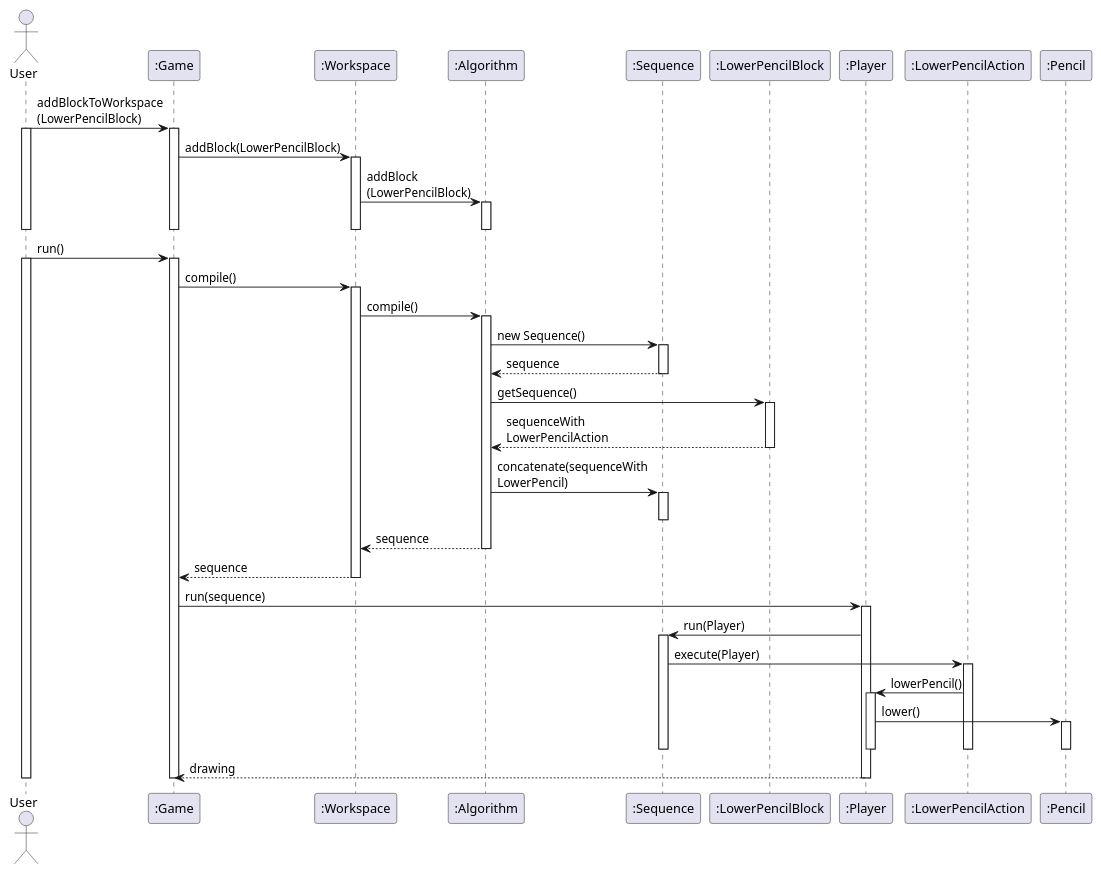
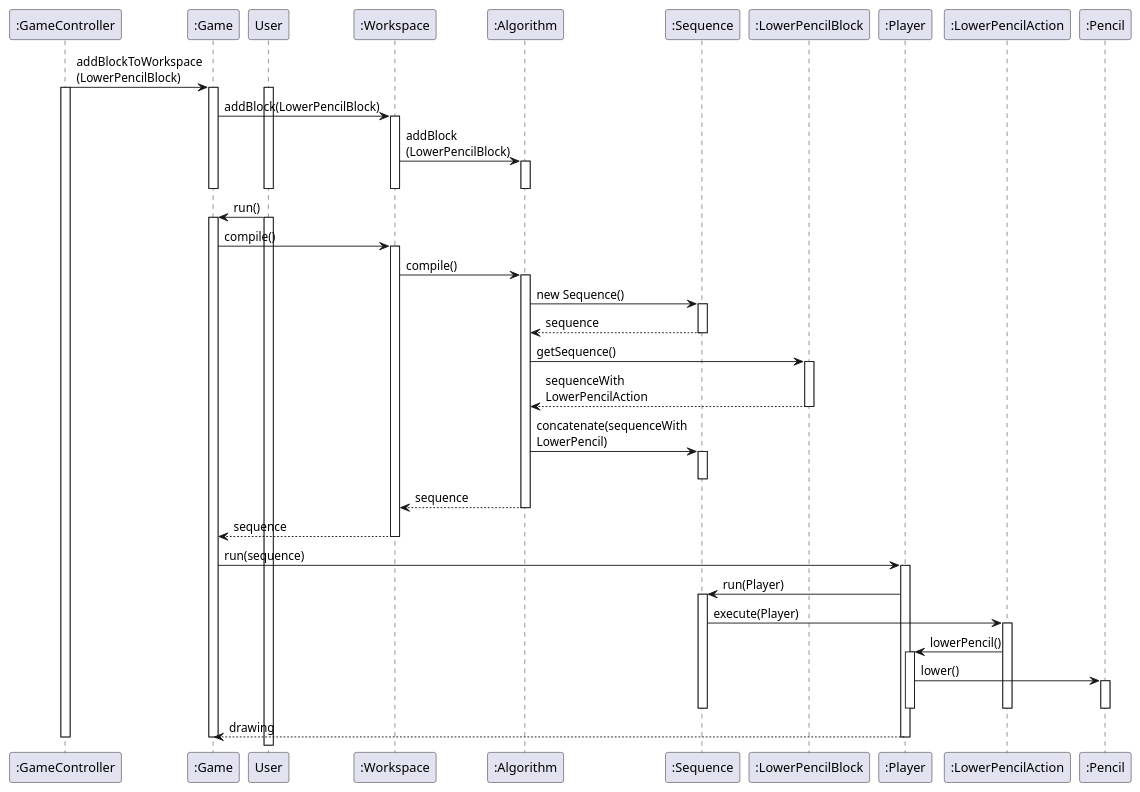
One commit to mati1297/tp2_algoblocks changed the diagram in docs/diagrams/sequence/lower_pencil_from_blocks.plantuml. Above: the diagram before and after it, drawn with PlantUML. The commit also changed 2 other files, not shown here.

Commit message:
Modified sequence diagrams

```diff
--- a/docs/diagrams/sequence/lower_pencil_from_blocks.plantuml
+++ b/docs/diagrams/sequence/lower_pencil_from_blocks.plantuml
@@ -1,54 +1,55 @@
 @startuml lower_pencil_from_blocks
 
-Actor User
-User -> ":Game": addBlockToWorkspace\n(LowerPencilBlock)
+
+":GameController" -> ":Game": addBlockToWorkspace\n(LowerPencilBlock)
+activate ":GameController"
 activate User
 activate ":Game"
 ":Game" -> ":Workspace": addBlock(LowerPencilBlock)
 activate ":Workspace"
 ":Workspace" -> ":Algorithm": addBlock\n(LowerPencilBlock)
 activate ":Algorithm"
 deactivate ":Algorithm"
 deactivate ":Workspace"
 deactivate ":Game"
 deactivate User
 
 User -> ":Game": run()
 activate User
 activate ":Game"
 ":Game" -> ":Workspace": compile()
 activate ":Workspace"
 ":Workspace" -> ":Algorithm": compile()
 activate ":Algorithm"
 ":Algorithm" -> ":Sequence": new Sequence()
 activate ":Sequence"
 return sequence
 ":Algorithm" -> ":LowerPencilBlock": getSequence()
 activate ":LowerPencilBlock"
 return sequenceWith\nLowerPencilAction
 ":Algorithm" -> ":Sequence": concatenate(sequenceWith\nLowerPencil)
 activate ":Sequence"
 deactivate ":Sequence"
 return sequence
 return sequence
 
 
 ":Game" -> ":Player": run(sequence)
 activate ":Player"
 ":Player" -> ":Sequence": run(Player)
 activate ":Sequence"
 ":Sequence" -> ":LowerPencilAction": execute(Player)
 activate ":LowerPencilAction"
 ":LowerPencilAction" -> ":Player": lowerPencil()
 activate ":Player"
 ":Player" -> ":Pencil": lower()
 activate ":Pencil"
 deactivate ":Pencil"
 deactivate ":Player"
 deactivate ":LowerPencilAction"
 deactivate ":Sequence"
 return drawing
 deactivate ":Game"
-deactivate User
+deactivate ":GameController"
 
 @enduml
```
